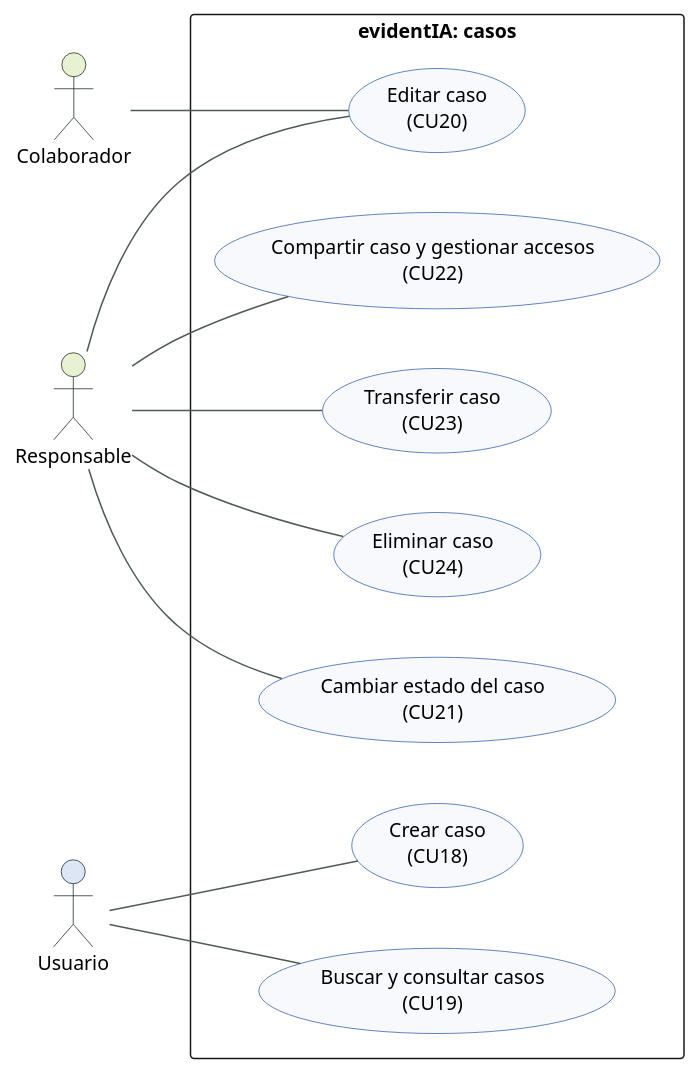
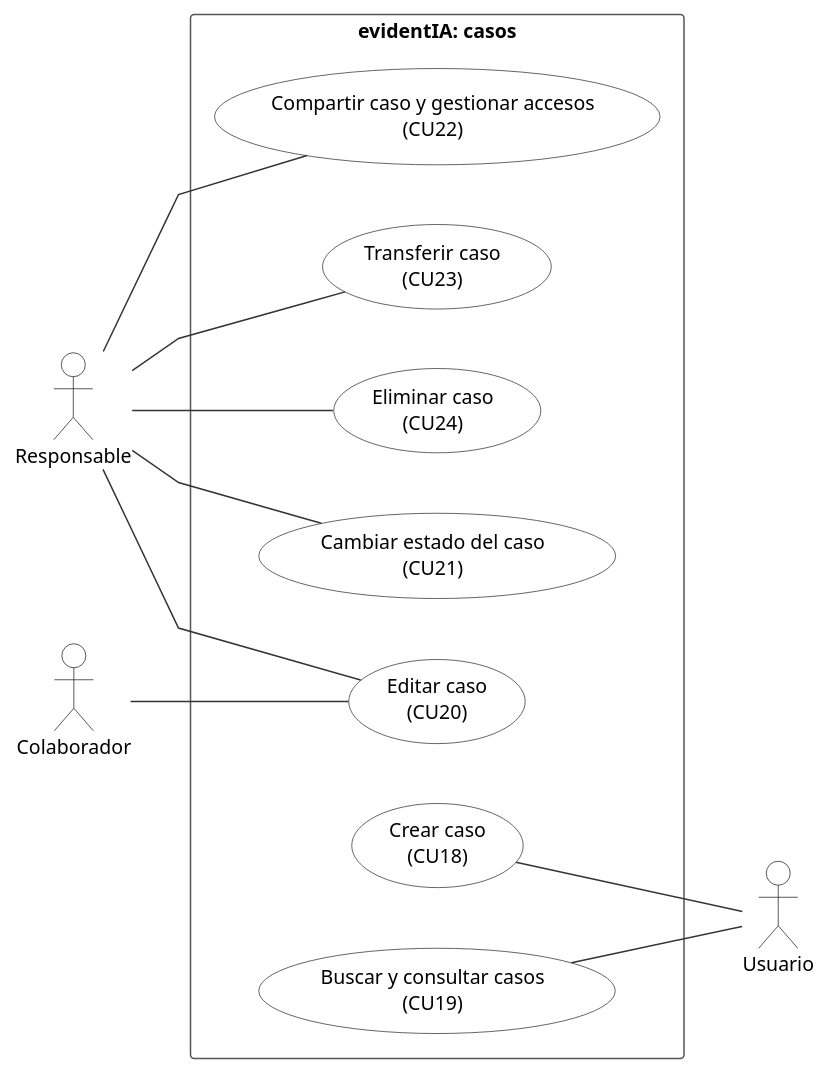
One commit to valentinasalmon/PFG-sistema-deteccion-IA changed the diagram in docs/arquitectura/diagramas/09c-casos-de-uso.puml. Above: the diagram before and after it, drawn with PlantUML. The commit also changed 32 other files, not shown here.

First line of the commit message:
estilo(diagramas): diagramas ordenados con aspecto de hechos a mano

```diff
--- a/docs/arquitectura/diagramas/09c-casos-de-uso.puml
+++ b/docs/arquitectura/diagramas/09c-casos-de-uso.puml
@@ -1,34 +1,44 @@
 @startuml casos-de-uso-casos
 skinparam defaultFontName Arial
 skinparam defaultFontSize 13
 skinparam shadowing false
 skinparam ArrowColor #4E5B54
 skinparam nodesep 40
 skinparam ranksep 55
+skinparam linetype polyline
+skinparam ArrowColor #333333
+skinparam actor {
+  BorderColor #222222
+  BackgroundColor #FFFFFF
+}
+skinparam usecase {
+  BorderColor #333333
+  BackgroundColor #FFFFFF
+}
+skinparam rectangle {
+  BorderColor #555555
+  FontStyle bold
+}
 left to right direction
-skinparam usecaseBackgroundColor #F7F9FC
-skinparam usecaseBorderColor #2F5DA8
-skinparam actorBorderColor #17291F
-skinparam packageStyle rectangle
 
-actor "Colaborador" as colaborador #E8F1D2
-actor "Responsable" as responsable #E8F1D2
-actor "Usuario" as usuario #DCE6F5
+actor "Responsable" as responsable
+actor "Usuario" as usuario
+actor "Colaborador" as colaborador
 rectangle "evidentIA: casos" {
-  usecase "Crear caso\n(CU18)" as CU18
-  usecase "Buscar y consultar casos\n(CU19)" as CU19
   usecase "Editar caso\n(CU20)" as CU20
   usecase "Cambiar estado del caso\n(CU21)" as CU21
   usecase "Compartir caso y gestionar accesos\n(CU22)" as CU22
   usecase "Transferir caso\n(CU23)" as CU23
   usecase "Eliminar caso\n(CU24)" as CU24
+  usecase "Crear caso\n(CU18)" as CU18
+  usecase "Buscar y consultar casos\n(CU19)" as CU19
 }
-usuario -- CU18
-usuario -- CU19
 responsable -- CU20
 colaborador -- CU20
 responsable -- CU21
 responsable -- CU22
 responsable -- CU23
 responsable -- CU24
+CU18 -- usuario
+CU19 -- usuario
 @enduml
```
